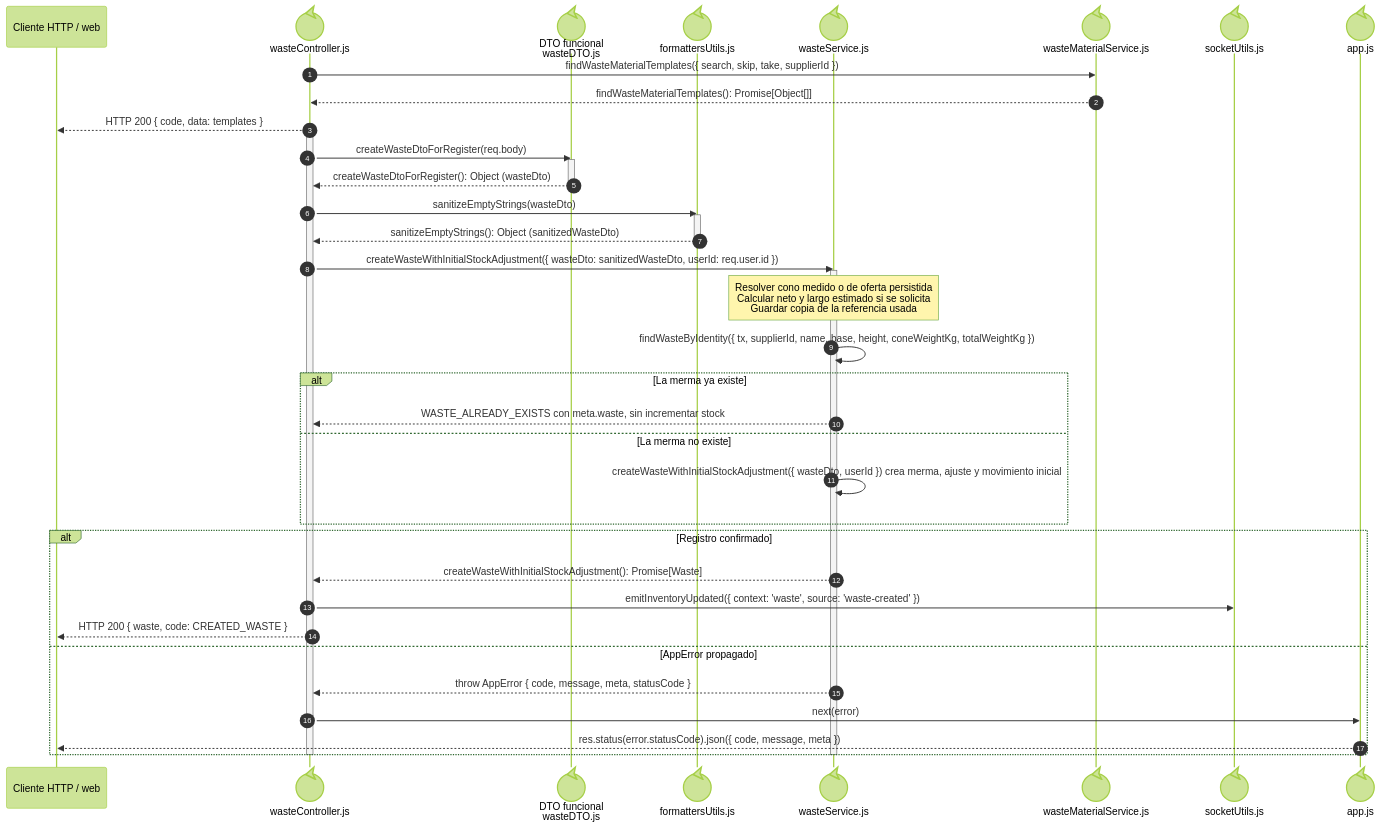
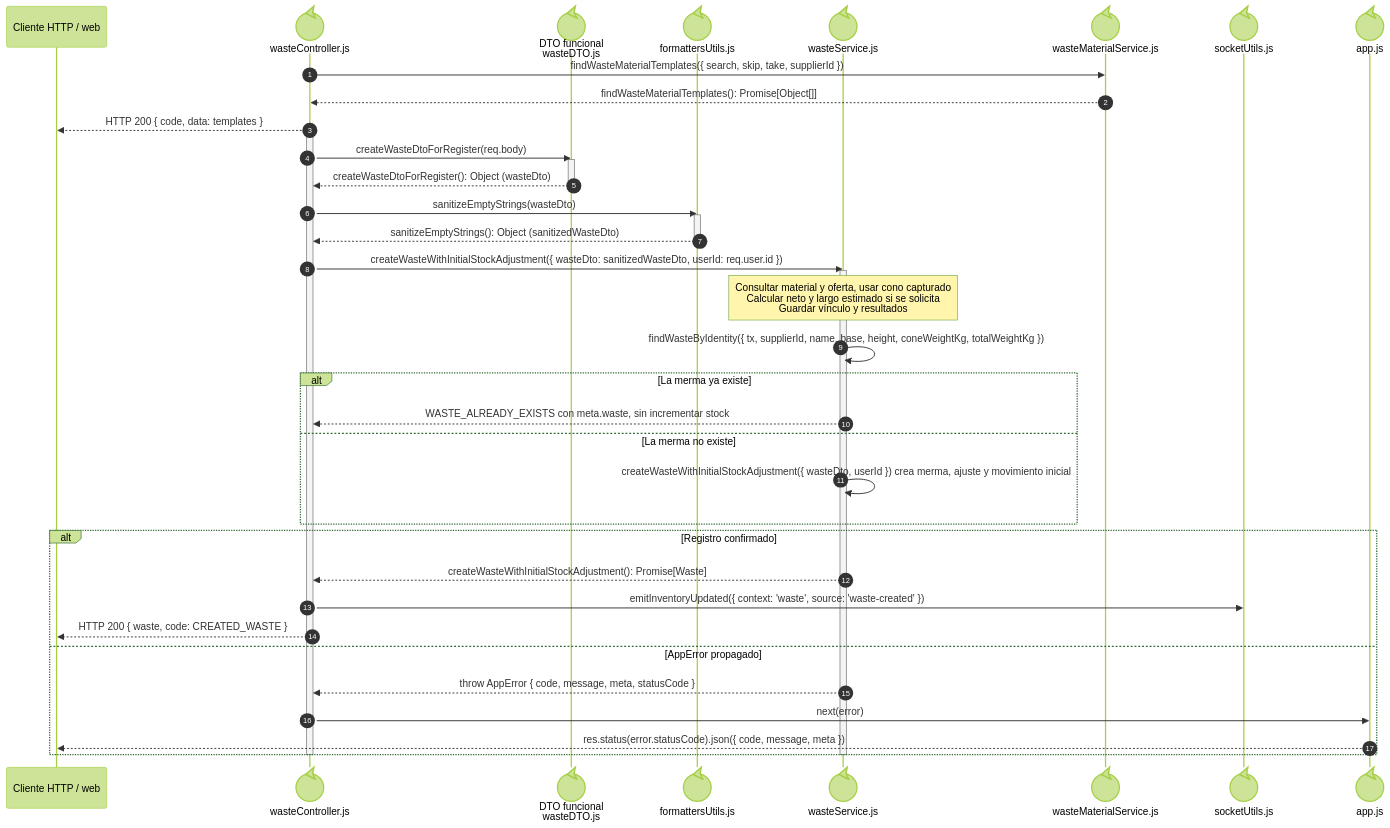
The second of 2 diagrams in docs/architecture/views/processes/backend-code-sequences/catalogs/cu-alm-10.md (gpgsistemas01/nexus), drawn with Mermaid (forest theme) before and after one commit. The commit also changed other lines of this file and 72 other files, not shown here.

````diff
--- a/docs/architecture/views/processes/backend-code-sequences/catalogs/cu-alm-10.md
+++ b/docs/architecture/views/processes/backend-code-sequences/catalogs/cu-alm-10.md
@@ -83,45 +79,45 @@
 ```mermaid
 sequenceDiagram
     autonumber
     participant Client as Cliente HTTP / web
     participant Controller@{ "type": "control" } as wasteController.js
     participant WasteDto@{ "type": "control" } as DTO funcional<br/>wasteDTO.js
     participant Formatter@{ "type": "control" } as formattersUtils.js
     participant Domain@{ "type": "control" } as wasteService.js
     participant Templates@{ "type": "control" } as wasteMaterialService.js
     participant Socket@{ "type": "control" } as socketUtils.js
     participant ErrorHandler@{ "type": "control" } as app.js
 
     Controller->>Templates: findWasteMaterialTemplates({ search, skip, take, supplierId })
     Templates-->>Controller: findWasteMaterialTemplates(): Promise[Object[]]
     Controller-->>Client: HTTP 200 { code, data: templates }
     activate Controller
     Controller->>WasteDto: createWasteDtoForRegister(req.body)
     activate WasteDto
     WasteDto-->>Controller: createWasteDtoForRegister(): Object (wasteDto)
     deactivate WasteDto
     Controller->>Formatter: sanitizeEmptyStrings(wasteDto)
     activate Formatter
     Formatter-->>Controller: sanitizeEmptyStrings(): Object (sanitizedWasteDto)
     deactivate Formatter
     Controller->>Domain: createWasteWithInitialStockAdjustment({ wasteDto: sanitizedWasteDto, userId: req.user.id })
     activate Domain
-    Note over Domain: Resolver cono medido o de oferta persistida<br/>Calcular neto y largo estimado si se solicita<br/>Guardar copia de la referencia usada
+    Note over Domain: Consultar material y oferta, usar cono capturado<br/>Calcular neto y largo estimado si se solicita<br/>Guardar vínculo y resultados
     Domain->>Domain: findWasteByIdentity({ tx, supplierId, name, base, height, coneWeightKg, totalWeightKg })
     alt La merma ya existe
         Domain-->>Controller: WASTE_ALREADY_EXISTS con meta.waste, sin incrementar stock
     else La merma no existe
         Domain->>Domain: createWasteWithInitialStockAdjustment({ wasteDto, userId }) crea merma, ajuste y movimiento inicial
     end
     alt Registro confirmado
         Domain-->>Controller: createWasteWithInitialStockAdjustment(): Promise[Waste]
         Controller->>Socket: emitInventoryUpdated({ context: 'waste', source: 'waste-created' })
         Controller-->>Client: HTTP 200 { waste, code: CREATED_WASTE }
     else AppError propagado
         Domain-->>Controller: throw AppError { code, message, meta, statusCode }
         Controller->>ErrorHandler: next(error)
         ErrorHandler-->>Client: res.status(error.statusCode).json({ code, message, meta })
     end
     deactivate Domain
     deactivate Controller
 ```
````
